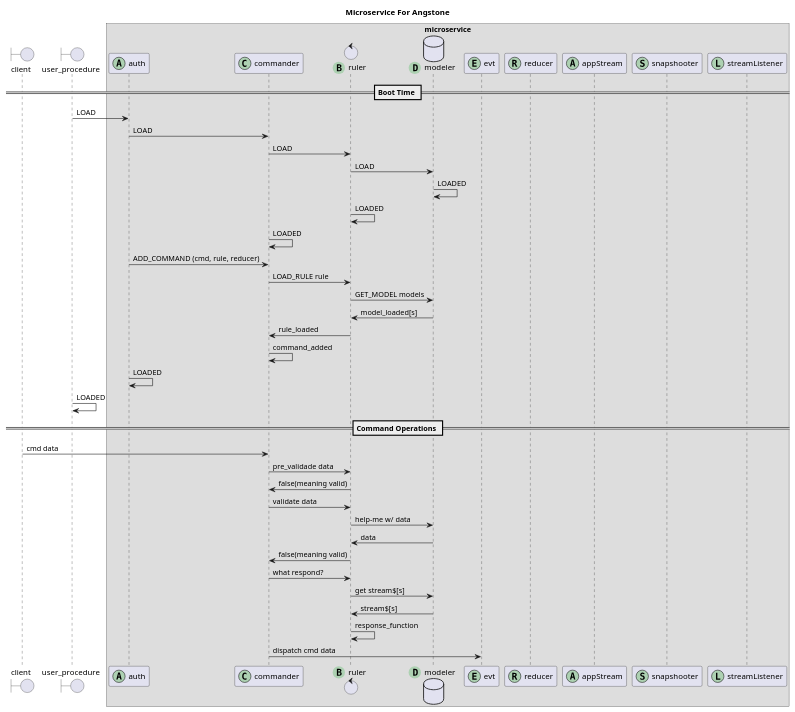
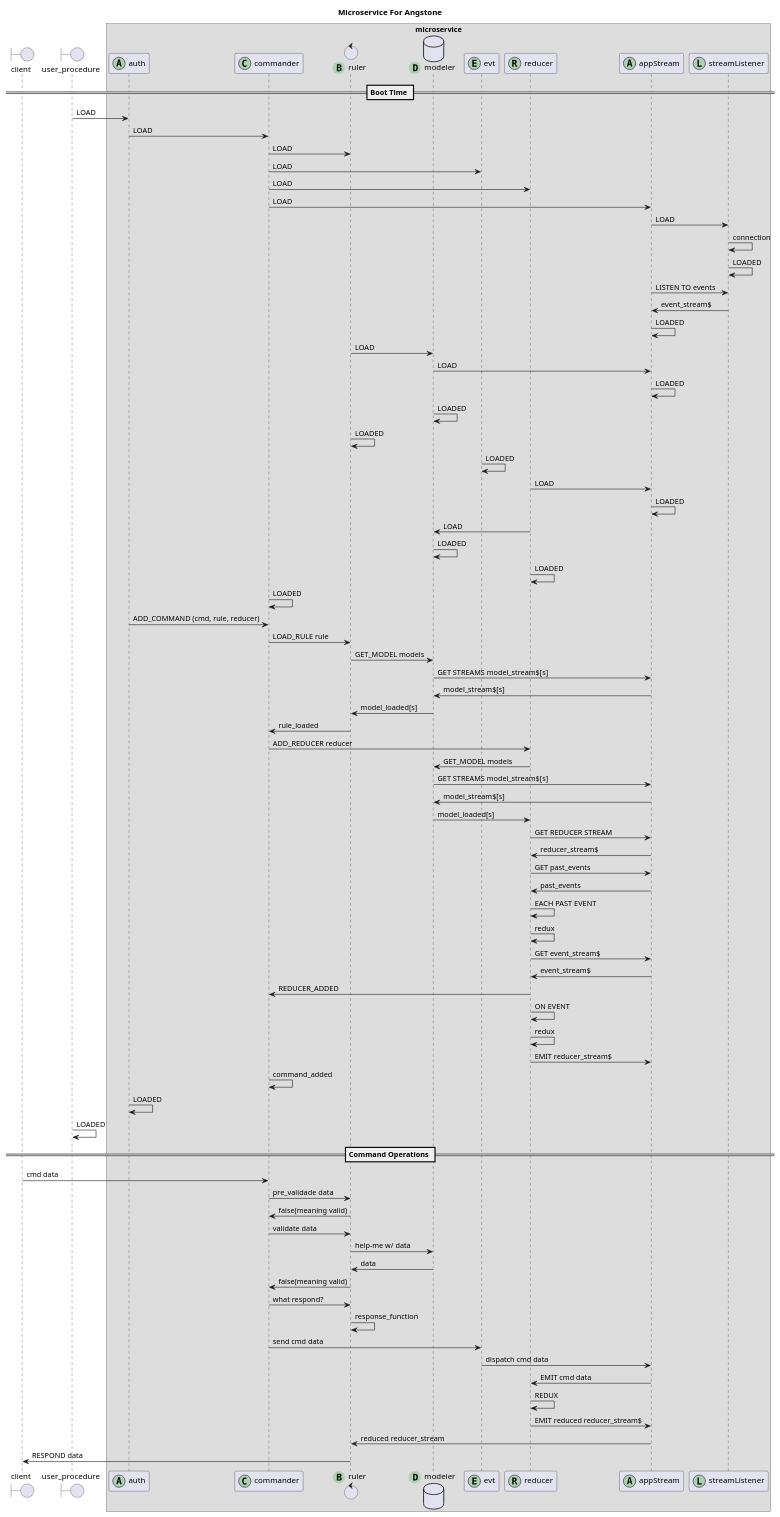
One commit to angstone/micro changed the diagram in docs/schemas/other_detailed_microservice_now.pu. Above: the diagram before and after it, drawn with PlantUML. The commit also changed 2 other files, not shown here.

Commit message:
prepared to write schema for snapshoot

```diff
--- a/docs/schemas/other_detailed_microservice_now.pu
+++ b/docs/schemas/other_detailed_microservice_now.pu
@@ -1,50 +1,105 @@
 @startuml
 title Microservice For Angstone
 boundary client
 boundary user_procedure
 box "microservice"
 participant auth << (A,#ADD1B2) >>
 participant commander << (C,#ADD1B2) >>
 control ruler << (B,#ADD1B2) >>
 database modeler << (D,#ADD1B2) >>
 participant evt << (E,#ADD1B2) >>
 participant reducer << (R,#ADD1B2) >>
 participant appStream << (A,#ADD1B2) >>
-participant snapshooter << (S,#ADD1B2) >>
 participant streamListener << (L,#ADD1B2) >>
 end box
 == Boot Time ==
 
 user_procedure -> auth : LOAD
 auth -> commander : LOAD
 commander -> ruler : LOAD
+commander -> evt : LOAD
+commander -> reducer : LOAD
+commander -> appStream : LOAD
+
+appStream -> streamListener : LOAD
+streamListener -> streamListener : connection
+streamListener -> streamListener : LOADED
+
+appStream -> streamListener : LISTEN TO events
+streamListener -> appStream : event_stream$
+appStream -> appStream : LOADED
+
 ruler -> modeler : LOAD
+modeler -> appStream : LOAD
+appStream -> appStream : LOADED
 modeler -> modeler : LOADED
 ruler -> ruler : LOADED
+
+evt -> evt : LOADED
+
+reducer -> appStream : LOAD
+appStream -> appStream : LOADED
+
+reducer -> modeler : LOAD
+modeler -> modeler : LOADED
+
+reducer -> reducer : LOADED
+
 commander -> commander : LOADED
 
 auth -> commander : ADD_COMMAND (cmd, rule, reducer)
 commander -> ruler : LOAD_RULE rule
+
 ruler -> modeler : GET_MODEL models
+modeler -> appStream : GET STREAMS model_stream$[s]
+appStream -> modeler : model_stream$[s]
 modeler -> ruler : model_loaded[s]
+
 ruler -> commander : rule_loaded
+
+commander -> reducer : ADD_REDUCER reducer
+
+reducer -> modeler : GET_MODEL models
+modeler -> appStream : GET STREAMS model_stream$[s]
+appStream -> modeler : model_stream$[s]
+modeler -> reducer : model_loaded[s]
+
+reducer -> appStream : GET REDUCER STREAM
+appStream -> reducer : reducer_stream$
+reducer -> appStream : GET past_events
+appStream -> reducer : past_events
+
+reducer -> reducer : EACH PAST EVENT
+reducer -> reducer : redux
+
+reducer -> appStream : GET event_stream$
+appStream -> reducer : event_stream$
+reducer -> commander : REDUCER_ADDED
+
+reducer -> reducer : ON EVENT
+reducer -> reducer : redux
+reducer -> appStream : EMIT reducer_stream$
+
 commander -> commander : command_added
 
 auth -> auth : LOADED
 user_procedure -> user_procedure : LOADED
 
 == Command Operations ==
 client -> commander : cmd data
 commander -> ruler : pre_validade data
 ruler -> commander : false(meaning valid)
 commander -> ruler : validate data
 ruler -> modeler : help-me w/ data
 modeler -> ruler : data
 ruler -> commander : false(meaning valid)
 commander -> ruler : what respond?
-ruler -> modeler : get stream$[s]
-modeler -> ruler : stream$[s]
 ruler -> ruler : response_function
-commander -> evt : dispatch cmd data
-
+commander -> evt : send cmd data
+evt -> appStream : dispatch cmd data
+appStream -> reducer : EMIT cmd data
+reducer -> reducer : REDUX
+reducer -> appStream : EMIT reduced reducer_stream$
+appStream -> ruler : reduced reducer_stream
+ruler -> client : RESPOND data
 @enduml
```
